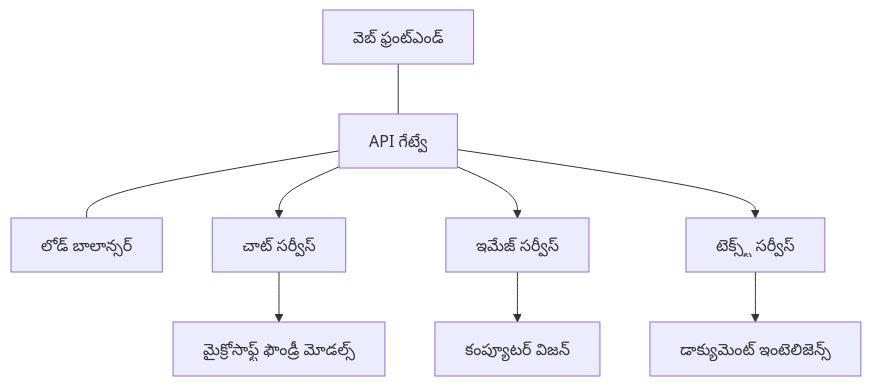
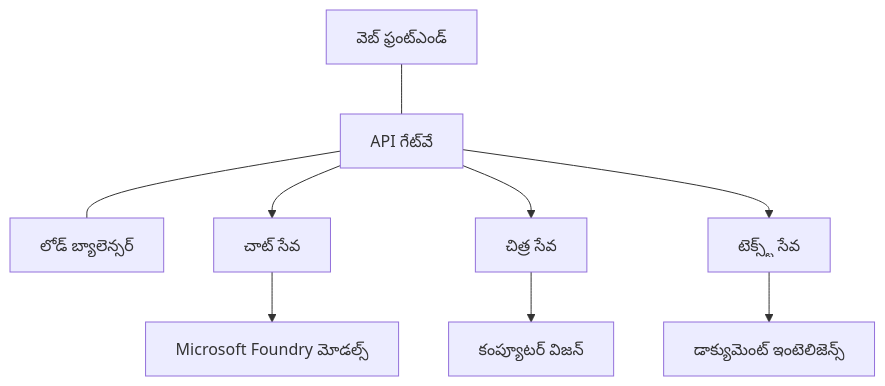
The diagram in translations/te/docs/chapter-08-production/production-ai-practices.md (microsoft/AZD-for-beginners), drawn with Mermaid before and after one commit. The commit also changed other lines of this file and 104 other files, not shown here.

````diff
--- a/translations/te/docs/chapter-08-production/production-ai-practices.md
+++ b/translations/te/docs/chapter-08-production/production-ai-practices.md
@@ -30,10 +30,10 @@
 ```mermaid
 graph TD
-    Frontend[వెబ్ ఫ్రంట్‌ఎండ్] --- Gateway[API గేట్వే] --- LB[లోడ్ బాలాన్సర్]
-    Gateway --> Chat[చాట్ సర్వీస్]
-    Gateway --> Image[ఇమేజ్ సర్వీస్]
-    Gateway --> Text[టెక్స్ట్ సర్వీస్]
-    Chat --> OpenAI[మైక్రోసాఫ్ట్ ఫౌండ్రీ మోడల్స్]
+    Frontend[వెబ్ ఫ్రంట్‌ఎండ్] --- Gateway[API గేట్‌వే] --- LB[లోడ్ బ్యాలెన్సర్]
+    Gateway --> Chat[చాట్ సేవ]
+    Gateway --> Image[చిత్ర సేవ]
+    Gateway --> Text[టెక్స్ట్ సేవ]
+    Chat --> OpenAI[Microsoft Foundry మోడల్స్]
     Image --> Vision[కంప్యూటర్ విజన్]
     Text --> DocIntel[డాక్యుమెంట్ ఇంటెలిజెన్స్]
 ```
````
